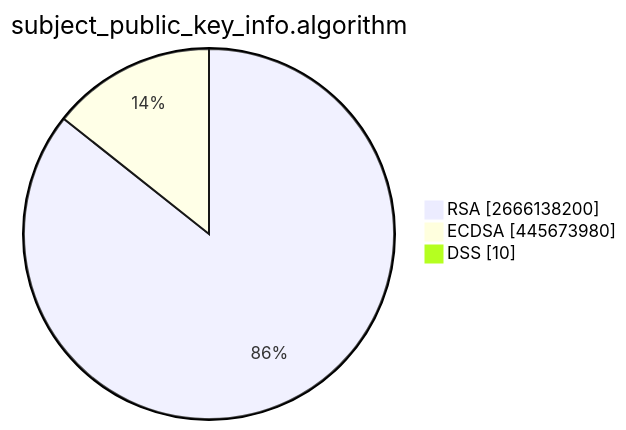
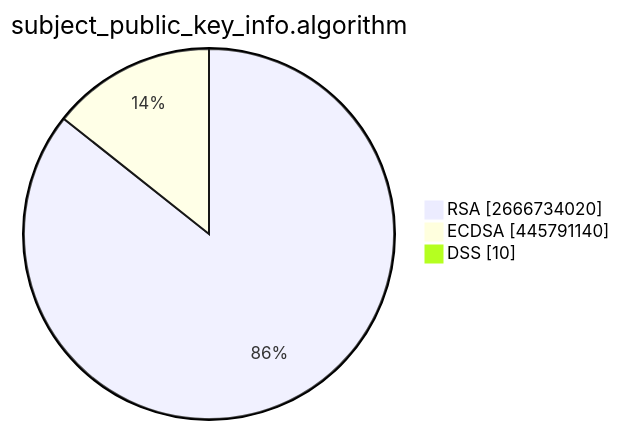
Before and after one commit to christiankrug/ctmonitor_visualization: the second of 15 diagrams in TOTAL/README.md, drawn with Mermaid. The commit also changed other lines of this file, not shown here.

````diff
--- a/TOTAL/README.md
+++ b/TOTAL/README.md
@@ -6,7 +6,7 @@
 ```mermaid
 pie showData
 title subject_public_key_info.algorithm
-"RSA" :2666138200
-"ECDSA" :445673980
+"RSA" :2666734020
+"ECDSA" :445791140
 "DSS" :10
 ```
````
